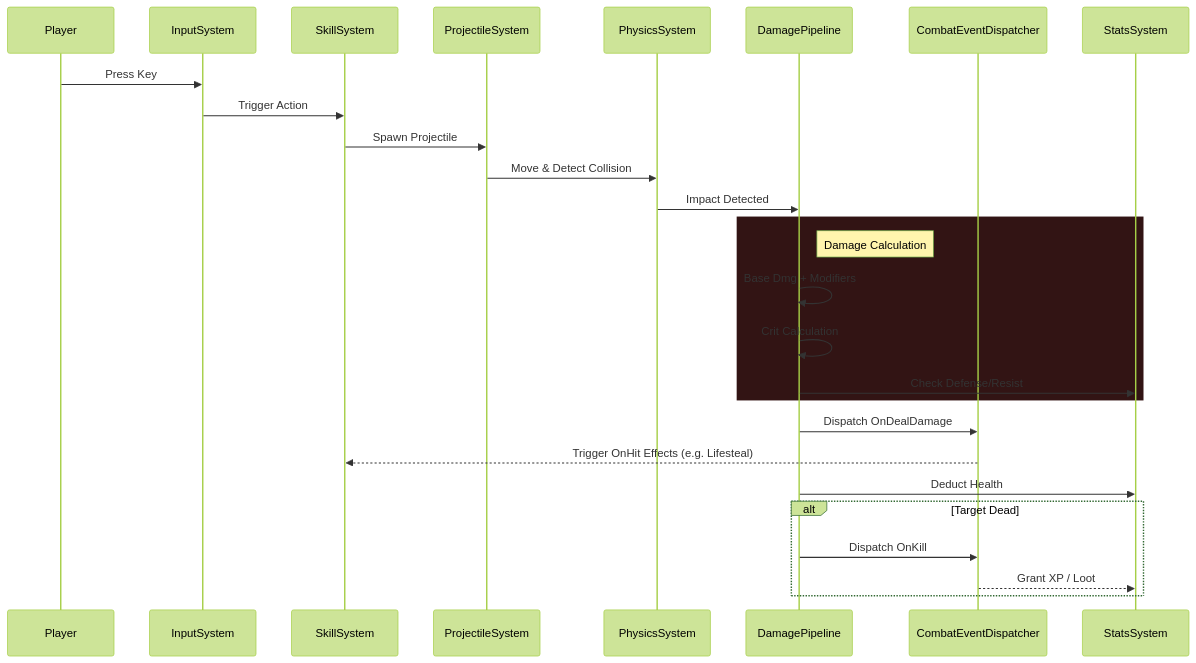
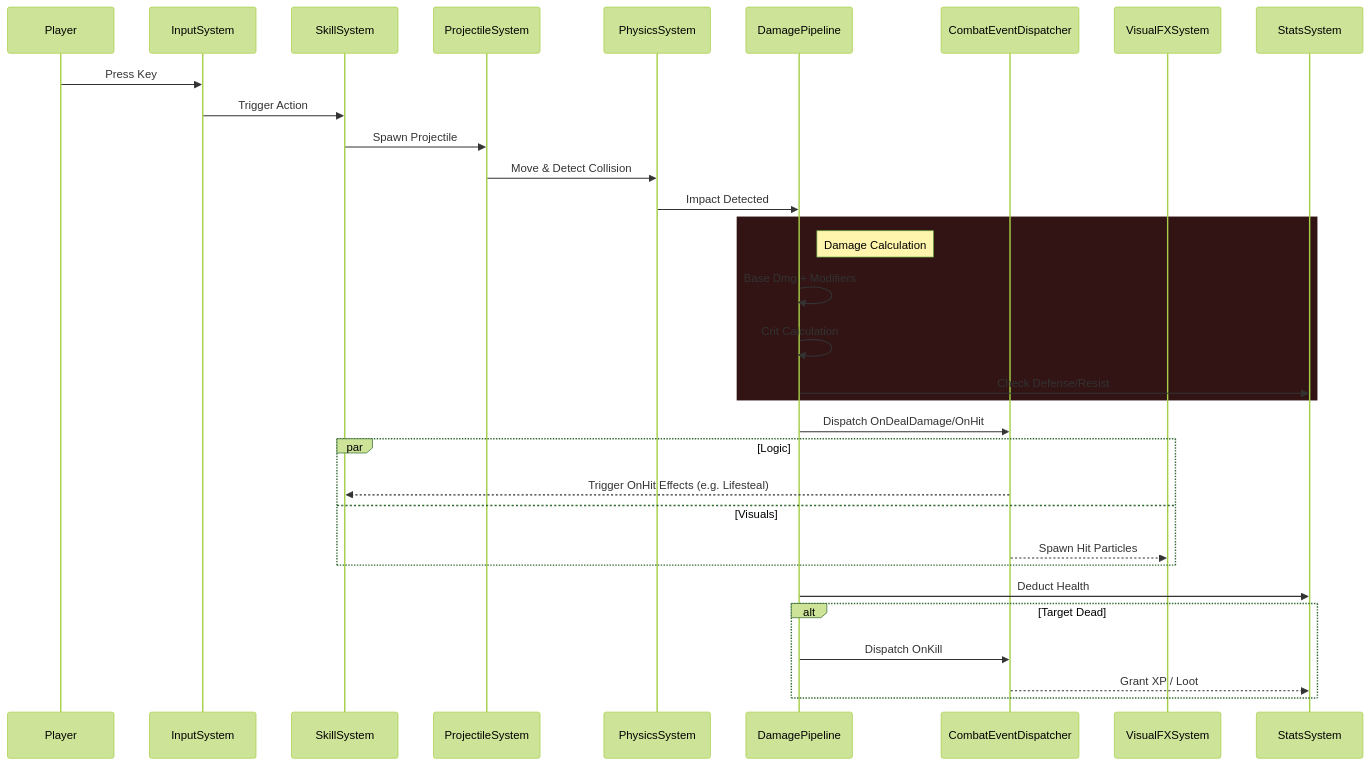
Before and after one commit to bigaym/NoMoreDay: the second of 3 diagrams in structure.md, drawn with Mermaid (forest theme). The commit also changed other lines of this file, not shown here.

Commit message:
docs: Update structure.md with new systems (Shadow, VisualFX) and refined responsibilities

````diff
--- a/structure.md
+++ b/structure.md
@@ -144,34 +154,39 @@
 ```mermaid
 sequenceDiagram
     participant Player
     participant Input as InputSystem
     participant Skill as SkillSystem
     participant Proj as ProjectileSystem
     participant Phys as PhysicsSystem
     participant Dmg as DamagePipeline
     participant Event as CombatEventDispatcher
+    participant VFX as VisualFXSystem
     participant Stats as StatsSystem
 
     Player->>Input: Press Key
     Input->>Skill: Trigger Action
     Skill->>Proj: Spawn Projectile
     Proj->>Phys: Move & Detect Collision
     Phys->>Dmg: Impact Detected
     
     rect rgb(50, 20, 20)
         note right of Dmg: Damage Calculation
         Dmg->>Dmg: Base Dmg + Modifiers
         Dmg->>Dmg: Crit Calculation
         Dmg->>Stats: Check Defense/Resist
     end
     
-    Dmg->>Event: Dispatch OnDealDamage
-    Event-->>Skill: Trigger OnHit Effects (e.g. Lifesteal)
+    Dmg->>Event: Dispatch OnDealDamage/OnHit
+    par Logic
+        Event-->>Skill: Trigger OnHit Effects (e.g. Lifesteal)
+    and Visuals
+        Event-->>VFX: Spawn Hit Particles
+    end
     
     Dmg->>Stats: Deduct Health
     
     alt Target Dead
         Dmg->>Event: Dispatch OnKill
         Event-->>Stats: Grant XP / Loot
     end
 ```
````
